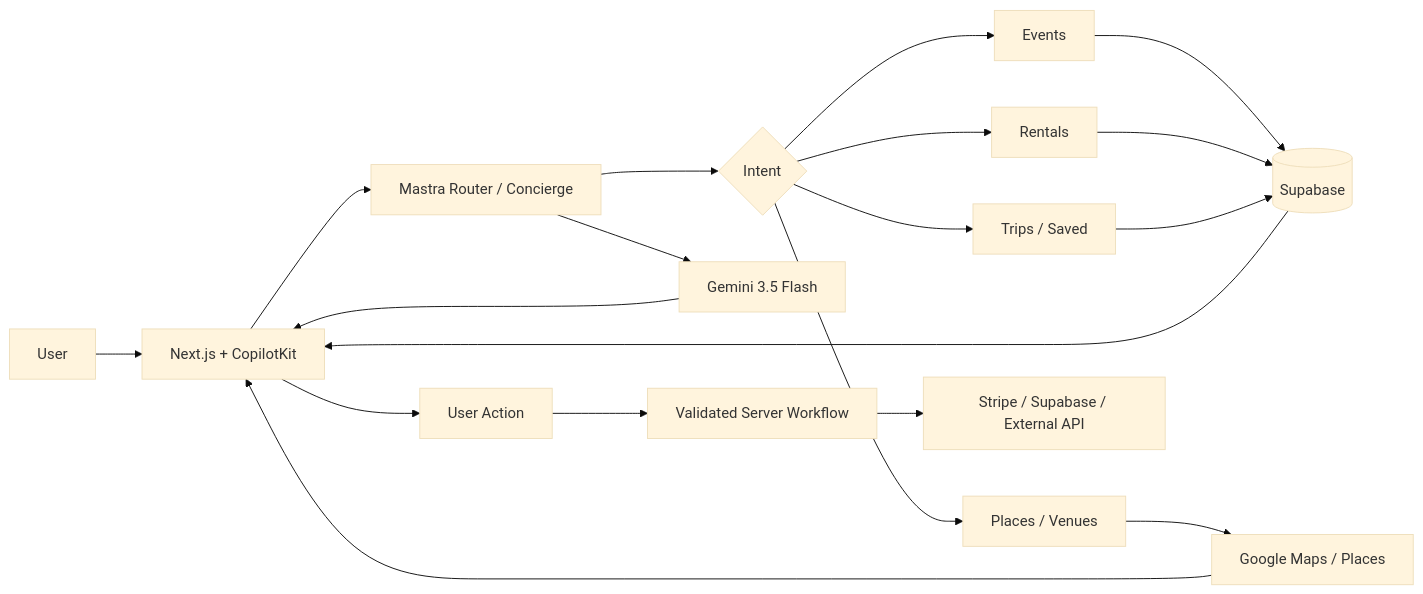
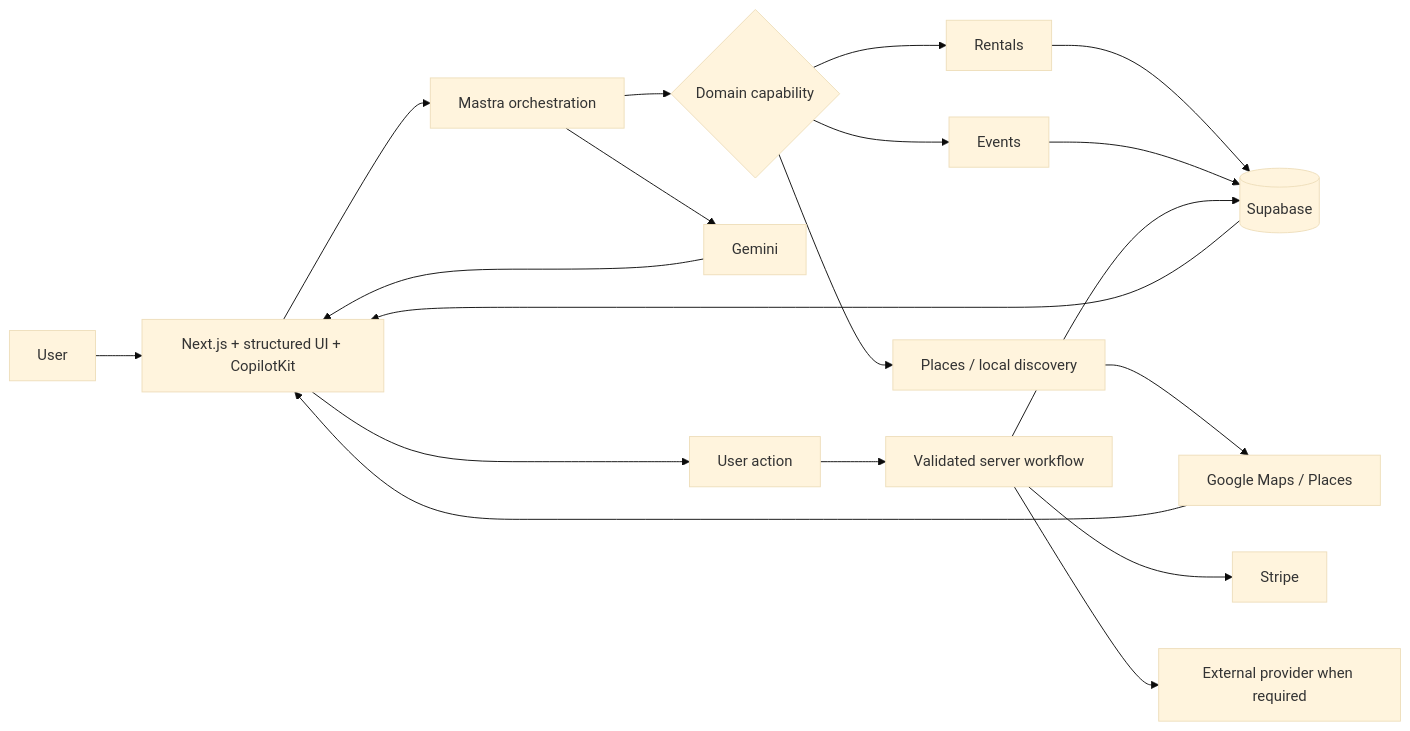
The first of 2 diagrams in prd.md (amoai-tech/mdeai), drawn with Mermaid (base theme) before and after one commit. The commit also changed other lines of this file, not shown here.

````diff
--- a/prd.md
+++ b/prd.md
@@ -501,21 +447,21 @@
 ```mermaid
 flowchart LR
-    U[User] --> UI[Next.js + CopilotKit]
-    UI --> R[Mastra Router / Concierge]
-    R --> D{Intent}
+    U[User] --> UI[Next.js + structured UI + CopilotKit]
+    UI --> M[Mastra orchestration]
+    M --> D{Domain capability}
+    D --> R[Rentals]
     D --> E[Events]
-    D --> RE[Rentals]
-    D --> P[Places / Venues]
-    D --> T[Trips / Saved]
-    E --> DB[(Supabase)]
-    RE --> DB
-    P --> GM[Google Maps / Places]
-    T --> DB
-    R --> G[Gemini 3.5 Flash]
+    D --> P[Places / local discovery]
+    M --> G[Gemini]
+    R --> DB[(Supabase)]
+    E --> DB
+    P --> MAPS[Google Maps / Places]
+    UI --> A[User action]
+    A --> S[Validated server workflow]
+    S --> DB
+    S --> STRIPE[Stripe]
+    S --> X[External provider when required]
     DB --> UI
-    GM --> UI
+    MAPS --> UI
     G --> UI
-    UI --> A[User Action]
-    A --> S[Validated Server Workflow]
-    S --> ST[Stripe / Supabase / External API]
 ```
````
